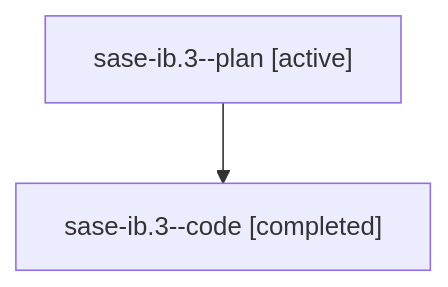
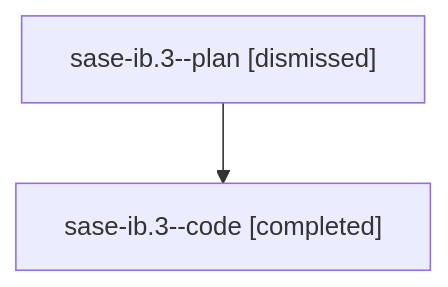
The diagram in sessions/bbugyi200.athena.sase-ib.3.md (sase-org/sase--agents), drawn with Mermaid before and after one commit. The commit also changed other lines of this file and 60 other files, not shown here.

````diff
--- a/sessions/bbugyi200.athena.sase-ib.3.md
+++ b/sessions/bbugyi200.athena.sase-ib.3.md
@@ -9,6 +9,6 @@
 ```mermaid
 flowchart TD
-  n0["sase-ib.3--plan [active]"]
+  n0["sase-ib.3--plan [dismissed]"]
   n1["sase-ib.3--code [completed]"]
   n0 --> n1
 ```
````
